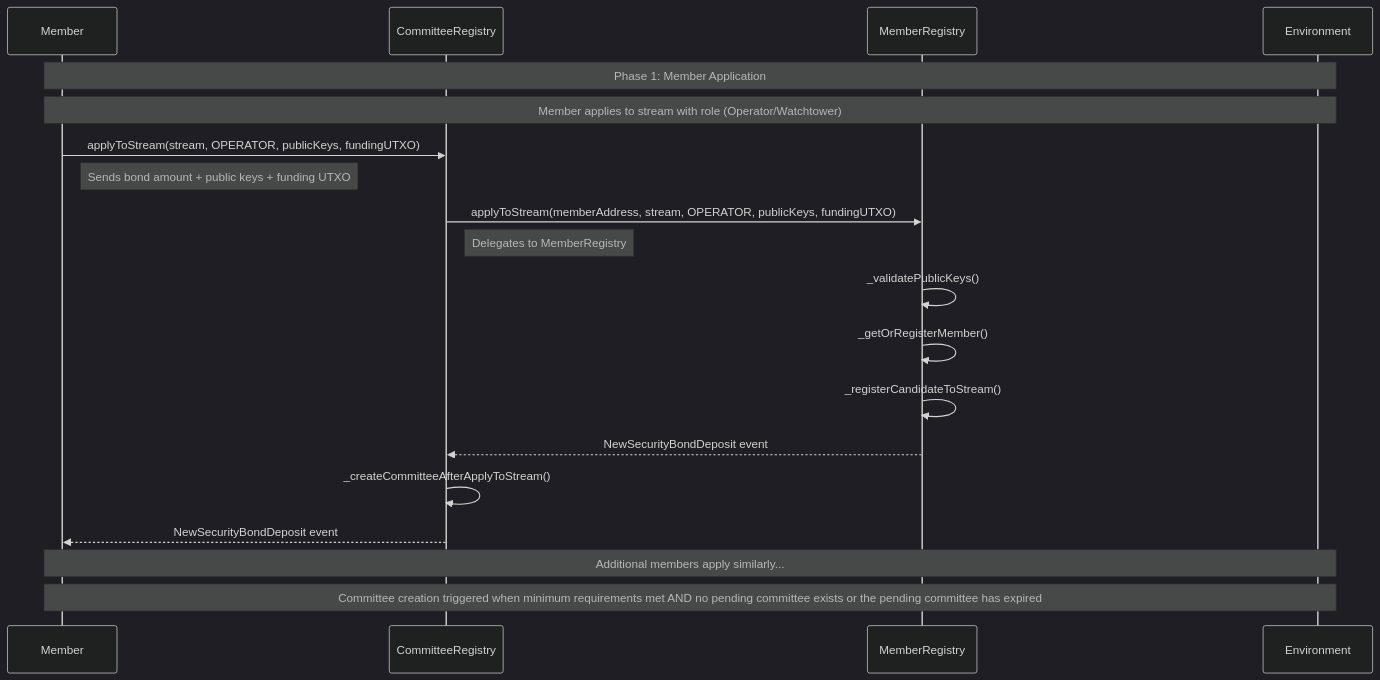
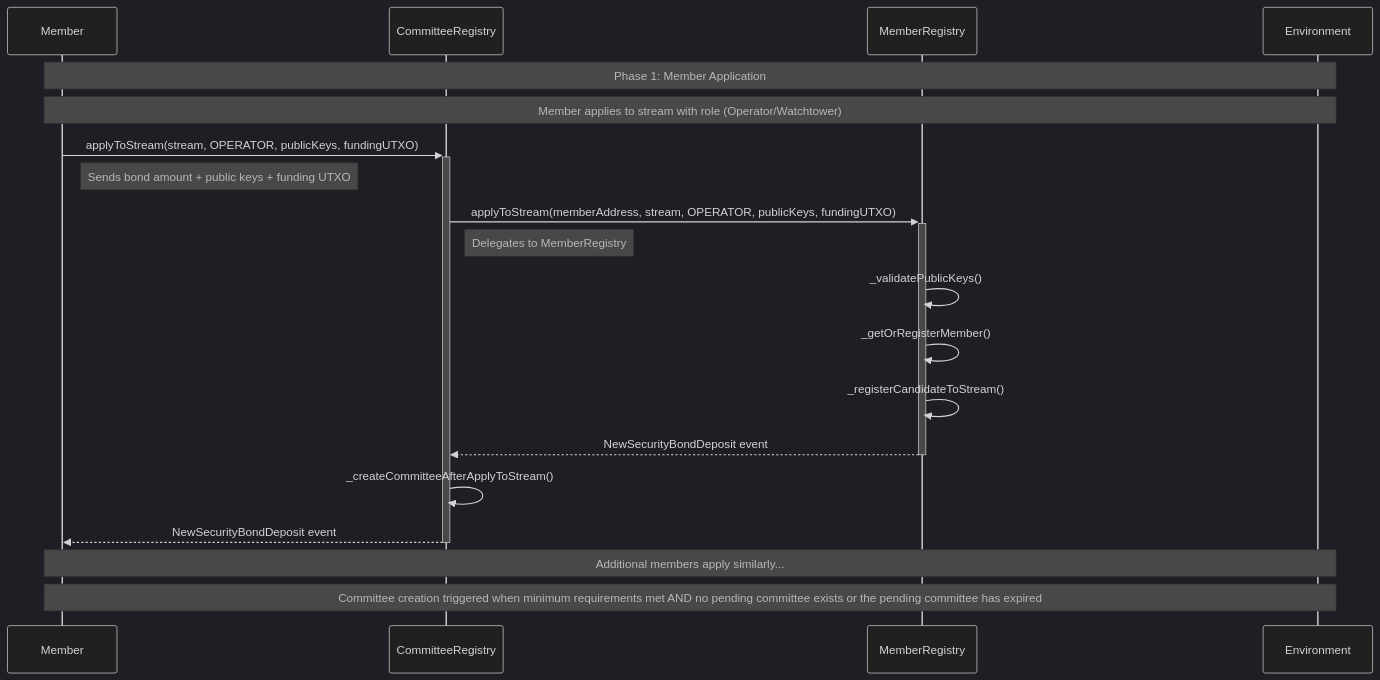
Before and after one commit to rsksmart/union-bridge-contracts: the first of 12 diagrams in README.md, drawn with Mermaid (dark theme). The commit also changed other lines of this file, not shown here.

Commit message:
Add Table of contents and architecture to README

````diff
--- a/README.md
+++ b/README.md
@@ -40,24 +181,24 @@
 ```mermaid
 sequenceDiagram
     participant M as Member
     participant CR as CommitteeRegistry
     participant MR as MemberRegistry
     participant ENV as Environment
 
     Note over M,ENV: Phase 1: Member Application
     Note over M,ENV: Member applies to stream with role (Operator/Watchtower)
 
-    M->>CR: applyToStream(stream, OPERATOR, publicKeys, fundingUTXO)
+    M->>+CR: applyToStream(stream, OPERATOR, publicKeys, fundingUTXO)
     Note right of M: Sends bond amount + public keys + funding UTXO
-    CR->>MR: applyToStream(memberAddress, stream, OPERATOR, publicKeys, fundingUTXO)
+    CR->>+MR: applyToStream(memberAddress, stream, OPERATOR, publicKeys, fundingUTXO)
     Note right of CR: Delegates to MemberRegistry
     MR->>MR: _validatePublicKeys()
     MR->>MR: _getOrRegisterMember()
     MR->>MR: _registerCandidateToStream()
-    MR-->>CR: NewSecurityBondDeposit event
+    MR-->>-CR: NewSecurityBondDeposit event
     CR->>CR: _createCommitteeAfterApplyToStream()
-    CR-->>M: NewSecurityBondDeposit event
+    CR-->>-M: NewSecurityBondDeposit event
 
     Note over M,ENV: Additional members apply similarly...
     Note over M,ENV: Committee creation triggered when minimum requirements met AND no pending committee exists or the pending committee has expired
 ```
````
